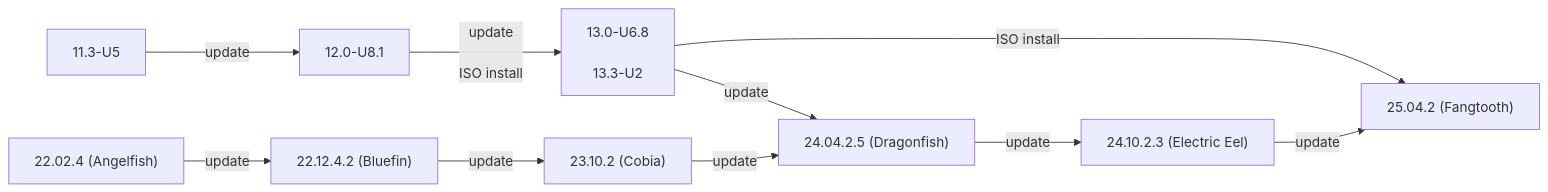
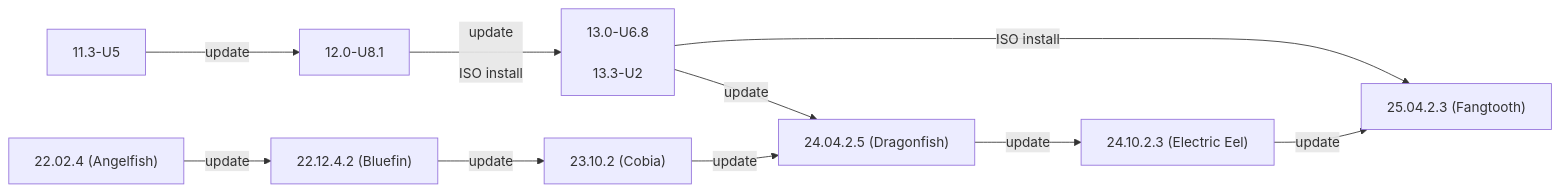
One commit to truenas/documentation changed the first of 2 diagrams in static/includes/SCALEUpgradePaths.md. Above: the diagram before and after it, drawn with Mermaid. The commit also changed other lines of this file, not shown here.

```diff
--- a/static/includes/SCALEUpgradePaths.md
+++ b/static/includes/SCALEUpgradePaths.md
@@ -67,13 +67,13 @@
           {{< mermaid class="mermaid_sizing" >}}
           flowchart LR
             A["11.3-U5"] -->|update| B["12.0-U8.1"]
             B -->|"update<br><br>ISO install"| C["13.0-U6.8<br><br>13.3-U2"]
             C -->|update| G
             C -->|ISO install| I
             D["22.02.4 (Angelfish)"] -->|update| E
             E["22.12.4.2 (Bluefin)"] -->|update| F
             F["23.10.2 (Cobia)"] -->|update| G
             G["24.04.2.5 (Dragonfish)"] -->|update| H
             H["24.10.2.3 (Electric Eel)"] -->|update| I
-            I["25.04.2 (Fangtooth)"]
+            I["25.04.2.3 (Fangtooth)"]
           {{< /mermaid >}}
```
